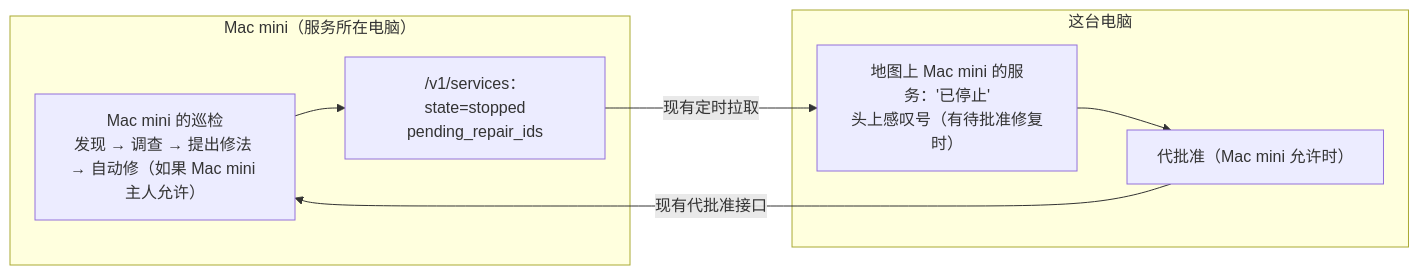
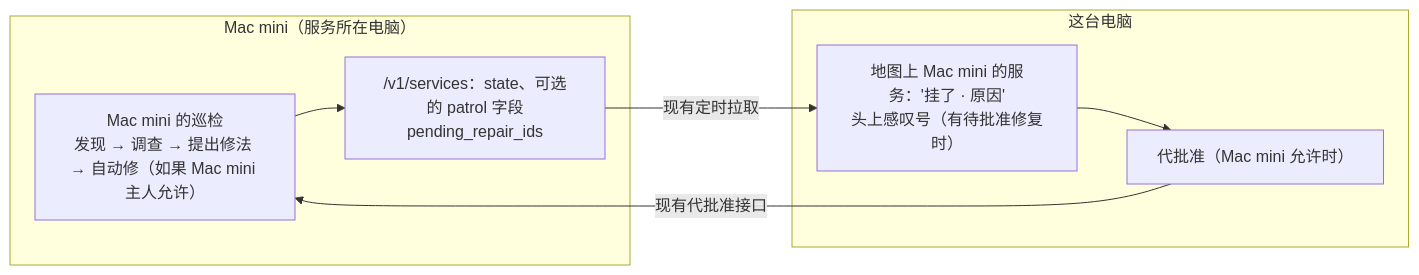
One commit to Sugarfarmeriod/TunnelMinion changed the second of 2 diagrams in docs/design/proactive-patrol.md. Above: the diagram before and after it, drawn with Mermaid. The commit also changed other lines of this file, not shown here.

Commit message:
docs: 巡检设计确认，对方报来的挂了也在这台电脑地图上标红

````diff
--- a/docs/design/proactive-patrol.md
+++ b/docs/design/proactive-patrol.md
@@ -131,15 +131,15 @@
 ```mermaid
 flowchart LR
     subgraph B["Mac mini（服务所在电脑）"]
         BP["Mac mini 的巡检<br/>发现 → 调查 → 提出修法 → 自动修（如果 Mac mini 主人允许）"]
-        BS["/v1/services：state=stopped<br/>pending_repair_ids"]
+        BS["/v1/services：state、可选的 patrol 字段<br/>pending_repair_ids"]
         BP --> BS
     end
     subgraph A["这台电脑"]
-        AM["地图上 Mac mini 的服务：'已停止'<br/>头上感叹号（有待批准修复时）"]
+        AM["地图上 Mac mini 的服务：'挂了 · 原因'<br/>头上感叹号（有待批准修复时）"]
         AA["代批准（Mac mini 允许时）"]
     end
     BS -- "现有定时拉取" --> AM
     AM --> AA
     AA -- "现有代批准接口" --> BP
 ```
````
